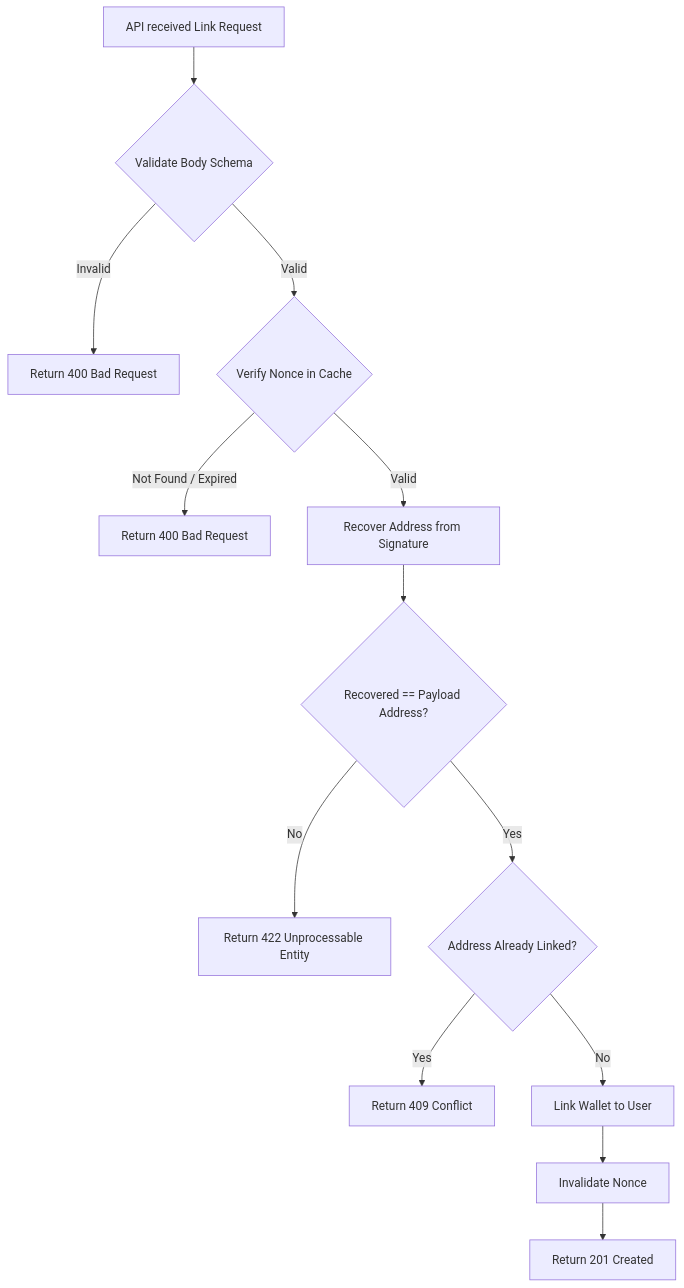
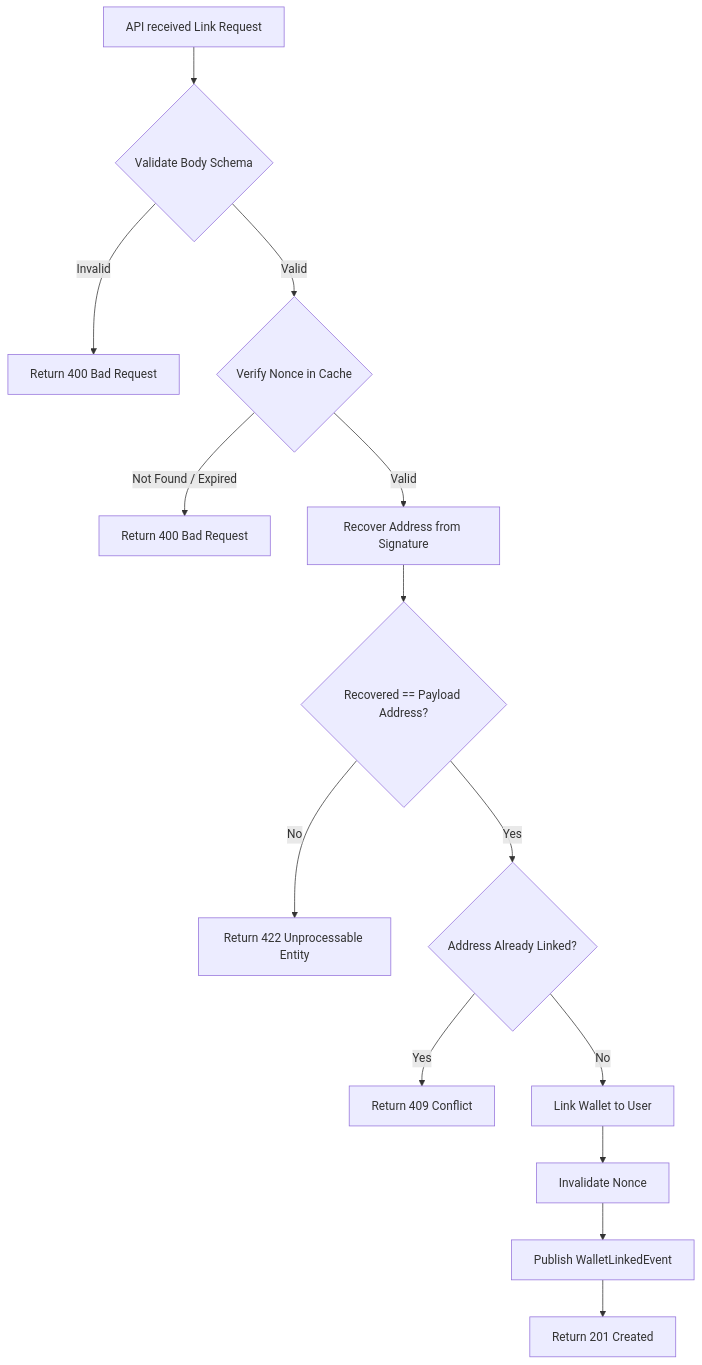
Before and after one commit to leandroluk/investor: the diagram in apps/doc/src/content/api/user/link-user-wallet.mdx, drawn with Mermaid. The commit also changed other lines of this file and 55 other files, not shown here.

````diff
--- a/apps/doc/src/content/api/user/link-user-wallet.mdx
+++ b/apps/doc/src/content/api/user/link-user-wallet.mdx
@@ -46,15 +46,16 @@
 ```mermaid
 flowchart TD
     A["API received Link Request"] --> B{"Validate Body Schema"}
     B -- Invalid --> C["Return 400 Bad Request"]
     B -- Valid --> D{"Verify Nonce in Cache"}
     D -- "Not Found / Expired" --> E["Return 400 Bad Request"]
     D -- Valid --> F["Recover Address from Signature"]
     F --> G{"Recovered == Payload Address?"}
     G -- No --> H["Return 422 Unprocessable Entity"]
     G -- Yes --> I{"Address Already Linked?"}
     I -- Yes --> J["Return 409 Conflict"]
     I -- No --> K["Link Wallet to User"]
     K --> L["Invalidate Nonce"]
-    L --> M["Return 201 Created"]
+    L --> M["Publish WalletLinkedEvent"]
+    M --> N["Return 201 Created"]
 ```
````
